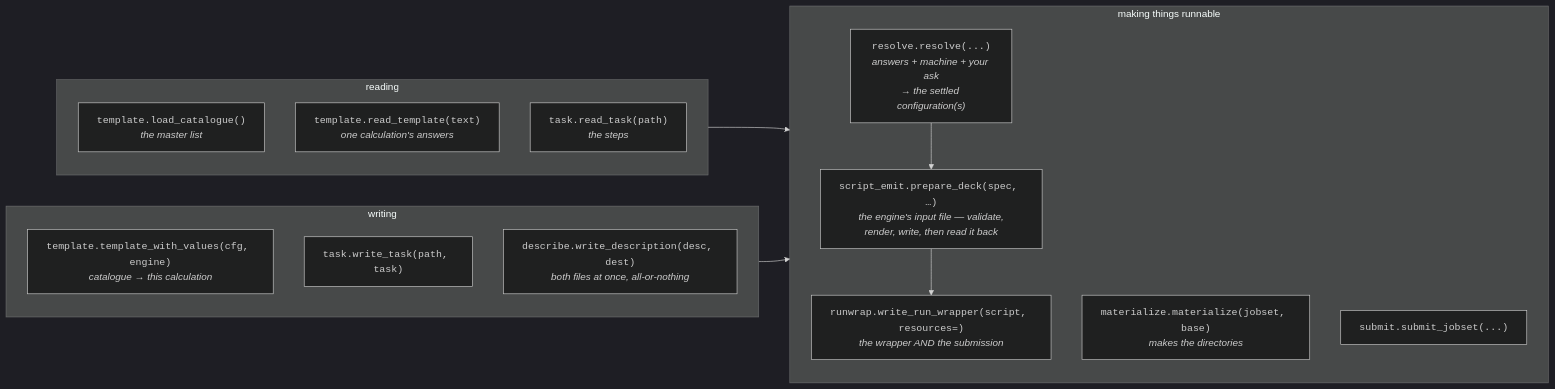
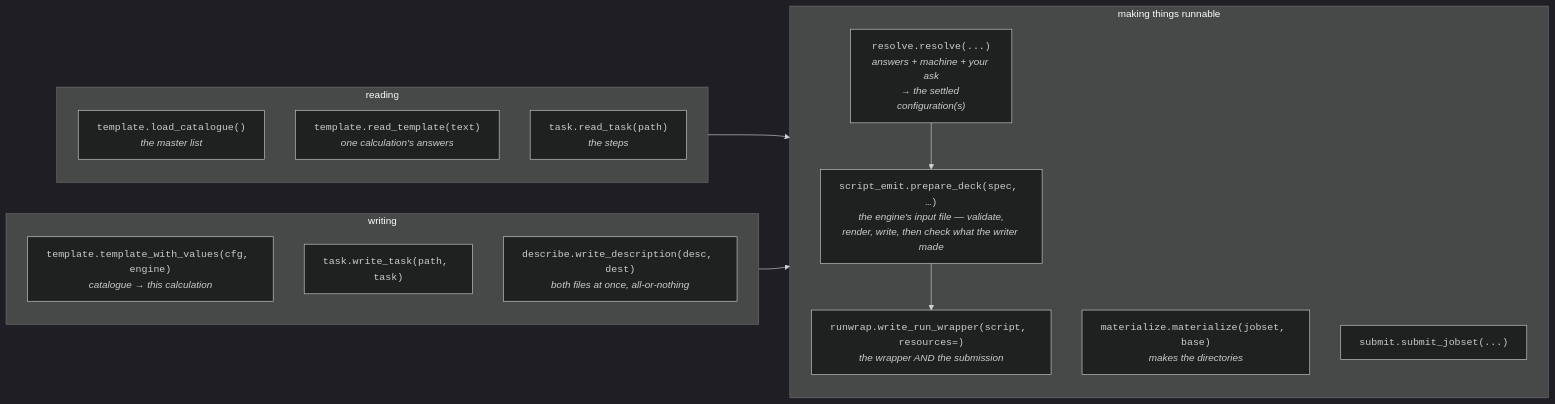
Before and after one commit to Qing-LAB/molbuilder: the second of 4 diagrams in docs/workflow.md, drawn with Mermaid (dark theme). The commit also changed 36 other files, not shown here.

````diff
--- a/docs/workflow.md
+++ b/docs/workflow.md
@@ -216,23 +216,23 @@
 ```mermaid
 flowchart LR
     subgraph READ["reading"]
       A["<code>template.load_catalogue()</code><br/><i>the master list</i>"]
       B["<code>template.read_template(text)</code><br/><i>one calculation's answers</i>"]
       C["<code>task.read_task(path)</code><br/><i>the steps</i>"]
     end
     subgraph WRITE["writing"]
       D["<code>template.template_with_values(cfg, engine)</code><br/><i>catalogue → this calculation</i>"]
       E["<code>task.write_task(path, task)</code>"]
       F["<code>describe.write_description(desc, dest)</code><br/><i>both files at once, all-or-nothing</i>"]
     end
     subgraph MAKE["making things runnable"]
       G["<code>resolve.resolve(...)</code><br/><i>answers + machine + your ask<br/>→ the settled configuration(s)</i>"]
-      K["<code>script_emit.prepare_deck(spec, …)</code><br/><i>the engine's input file — validate,<br/>render, write, then read it back</i>"]
+      K["<code>script_emit.prepare_deck(spec, …)</code><br/><i>the engine's input file — validate,<br/>render, write, then check what the writer made</i>"]
       H["<code>runwrap.write_run_wrapper(script, resources=)</code><br/><i>the wrapper AND the submission</i>"]
       I["<code>materialize.materialize(jobset, base)</code><br/><i>makes the directories</i>"]
       J["<code>submit.submit_jobset(...)</code>"]
     end
     READ --> MAKE
     WRITE --> MAKE
     G --> K --> H
 ```
````
